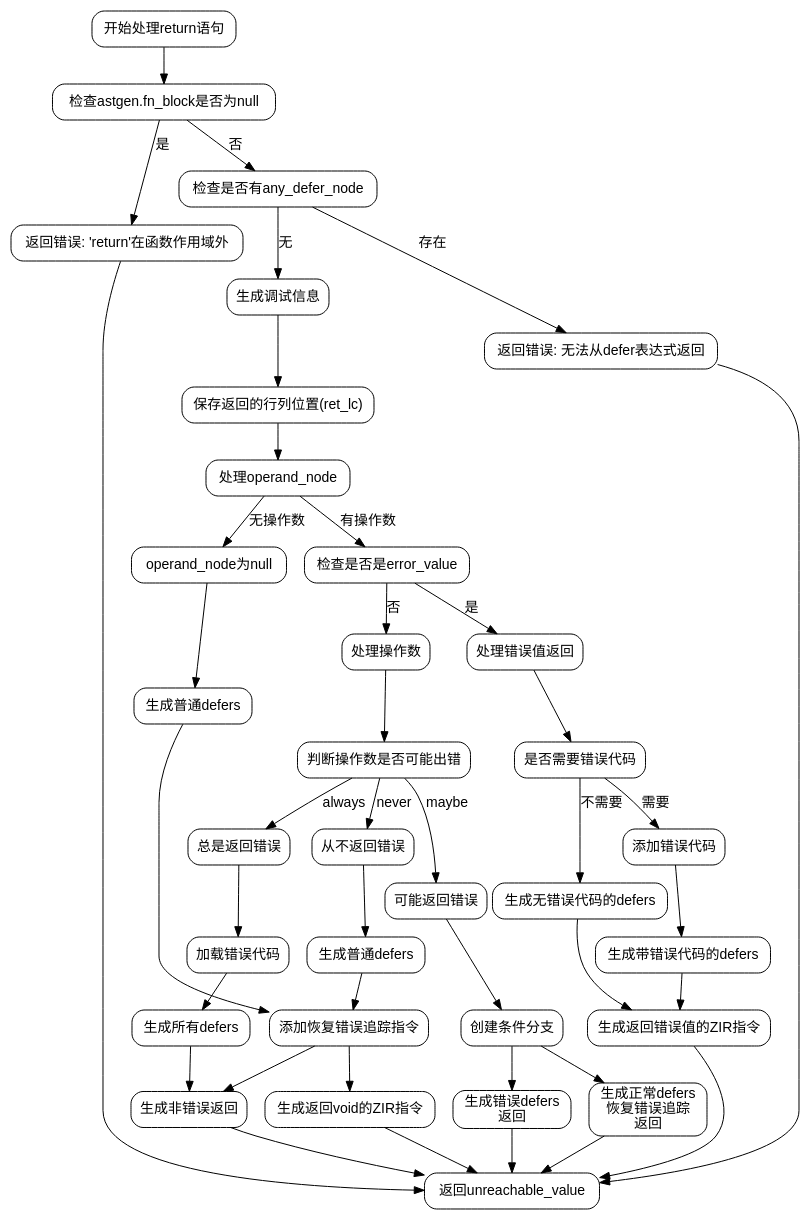
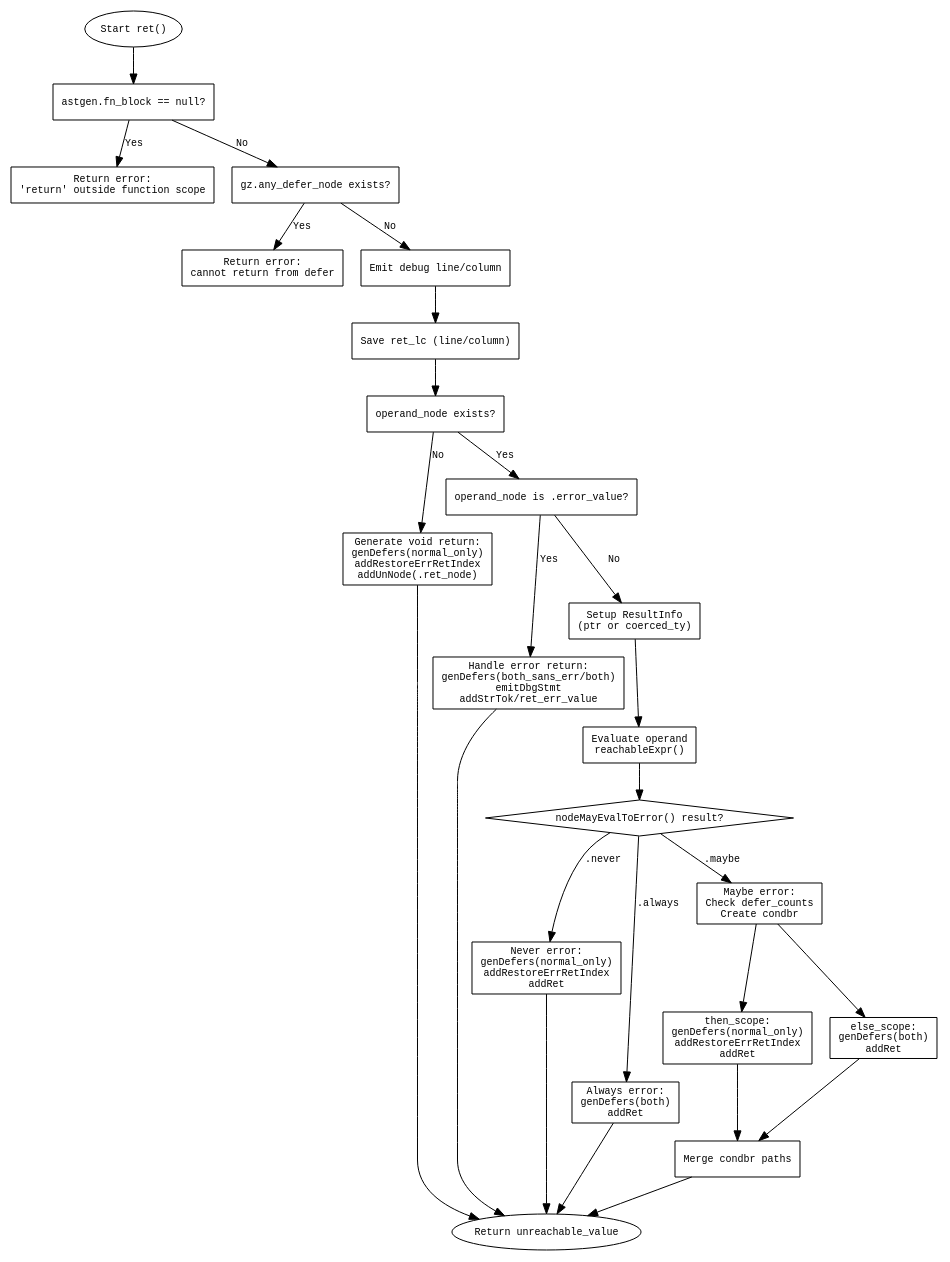
One commit to sdzx-1/deepseek-zig-reader changed the diagram in dot_std/zig/AstGen.zig.ret.md. Above: the diagram before and after it, drawn with Graphviz. The commit also changed other lines of this file and 236 other files, not shown here.

````diff
--- a/dot_std/zig/AstGen.zig.ret.md
+++ b/dot_std/zig/AstGen.zig.ret.md
@@ -20,78 +35,62 @@
 ```dot
 digraph flowchart {
-    node [shape=rectangle, style="rounded", fontname="Helvetica"];
-    edge [fontname="Helvetica"];
+    node [shape=rectangle, fontname="Courier", fontsize=10];
+    edge [fontname="Courier", fontsize=10];
 
-    start [label="开始处理return语句"];
-    check_fn_block [label="检查astgen.fn_block是否为null"];
-    outside_func [label="返回错误: 'return'在函数作用域外"];
-    check_any_defer [label="检查是否有any_defer_node"];
-    defer_error [label="返回错误: 无法从defer表达式返回"];
-    emit_debug_info [label="生成调试信息"];
-    save_ret_lc [label="保存返回的行列位置(ret_lc)"];
-    handle_operand_node [label="处理operand_node"];
-    operand_null [label="operand_node为null"];
-    gen_normal_defers [label="生成普通defers"];
-    add_restore_err_ret [label="添加恢复错误追踪指令"];
-    add_ret_void [label="生成返回void的ZIR指令"];
-    check_error_value [label="检查是否是error_value"];
-    handle_error_value [label="处理错误值返回"];
-    check_need_err_code [label="是否需要错误代码"];
-    gen_both_sans_err [label="生成无错误代码的defers"];
-    add_ret_err_value [label="生成返回错误值的ZIR指令"];
-    add_err_code [label="添加错误代码"];
-    gen_both_with_code [label="生成带错误代码的defers"];
-    handle_operand [label="处理操作数"];
-    check_may_error [label="判断操作数是否可能出错"];
-    case_never [label="从不返回错误"];
-    case_always [label="总是返回错误"];
-    case_maybe [label="可能返回错误"];
-    gen_normal_only [label="生成普通defers"];
-    add_ret_non_err [label="生成非错误返回"];
-    load_err_code [label="加载错误代码"];
-    gen_both_defers [label="生成所有defers"];
-    condbr [label="创建条件分支"];
-    then_block [label="生成正常defers\n恢复错误追踪\n返回"];
-    else_block [label="生成错误defers\n返回"];
-    end [label="返回unreachable_value"];
+    start [label="Start ret()", shape=ellipse];
+    check_fn_block [label="astgen.fn_block == null?"];
+    error_outside_func [label="Return error:\n'return' outside function scope", shape=box];
+    check_any_defer [label="gz.any_defer_node exists?"];
+    error_defer_return [label="Return error:\ncannot return from defer", shape=box];
+    emit_debug_info [label="Emit debug line/column"];
+    save_ret_lc [label="Save ret_lc (line/column)"];
+    check_operand_node [label="operand_node exists?"];
+    handle_void_return [label="Generate void return:\ngenDefers(normal_only)\naddRestoreErrRetIndex\naddUnNode(.ret_node)"];
+    check_error_value [label="operand_node is .error_value?"];
+    handle_error_return [label="Handle error return:\ngenDefers(both_sans_err/both)\nemitDbgStmt\naddStrTok/ret_err_value"];
+    setup_ri [label="Setup ResultInfo\n(ptr or coerced_ty)"];
+    eval_operand [label="Evaluate operand\nreachableExpr()"];
+    check_error_behavior [label="nodeMayEvalToError() result?", shape=diamond];
+    handle_never_error [label="Never error:\ngenDefers(normal_only)\naddRestoreErrRetIndex\naddRet"];
+    handle_always_error [label="Always error:\ngenDefers(both)\naddRet"];
+    handle_maybe_error [label="Maybe error:\nCheck defer_counts\nCreate condbr"];
+    condbr_then [label="then_scope:\ngenDefers(normal_only)\naddRestoreErrRetIndex\naddRet"];
+    condbr_else [label="else_scope:\ngenDefers(both)\naddRet"];
+    merge_condbr [label="Merge condbr paths"];
+    end [label="Return unreachable_value", shape=ellipse];
 
     start -> check_fn_block;
-    check_fn_block -> outside_func [label="是"];
-    check_fn_block -> check_any_defer [label="否"];
-    check_any_defer -> defer_error [label="存在"];
-    check_any_defer -> emit_debug_info [label="无"];
+    check_fn_block -> error_outside_func [label="Yes"];
+    check_fn_block -> check_any_defer [label="No"];
+    check_any_defer -> error_defer_return [label="Yes"];
+    check_any_defer -> emit_debug_info [label="No"];
     emit_debug_info -> save_ret_lc;
-    save_ret_lc -> handle_operand_node;
-
-    handle_operand_node -> operand_null [label="无操作数"];
-    operand_null -> gen_normal_defers;
-    gen_normal_defers -> add_restore_err_ret;
-    add_restore_err_ret -> add_ret_void -> end;
-
-    handle_operand_node -> check_error_value [label="有操作数"];
-    check_error_value -> handle_error_value [label="是"];
-    handle_error_value -> check_need_err_code;
-    check_need_err_code -> gen_both_sans_err [label="不需要"];
-    gen_both_sans_err -> add_ret_err_value -> end;
-    check_need_err_code -> add_err_code [label="需要"];
-    add_err_code -> gen_both_with_code -> add_ret_err_value;
-
-    check_error_value -> handle_operand [label="否"];
-    handle_operand -> check_may_error;
-    check_may_error -> case_never [label="never"];
-    case_never -> gen_normal_only -> add_restore_err_ret -> add_ret_non_err -> end;
-
-    check_may_error -> case_always [label="always"];
-    case_always -> load_err_code -> gen_both_defers -> add_ret_non_err;
-
-    check_may_error -> case_maybe [label="maybe"];
-    case_maybe -> condbr;
-    condbr -> then_block;
-    condbr -> else_block;
-    then_block -> end;
-    else_block -> end;
-
-    outside_func -> end;
-    defer_error -> end;
+    save_ret_lc -> check_operand_node;
+    
+    check_operand_node -> handle_void_return [label="No"];
+    check_operand_node -> check_error_value [label="Yes"];
+    
+    handle_void_return -> end;
+    
+    check_error_value -> handle_error_return [label="Yes"];
+    check_error_value -> setup_ri [label="No"];
+    
+    handle_error_return -> end;
+    
+    setup_ri -> eval_operand;
+    eval_operand -> check_error_behavior;
+    
+    check_error_behavior -> handle_never_error [label=".never"];
+    check_error_behavior -> handle_always_error [label=".always"];
+    check_error_behavior -> handle_maybe_error [label=".maybe"];
+    
+    handle_never_error -> end;
+    handle_always_error -> end;
+    
+    handle_maybe_error -> condbr_then;
+    handle_maybe_error -> condbr_else;
+    condbr_then -> merge_condbr;
+    condbr_else -> merge_condbr;
+    merge_condbr -> end;
 }
 ```
````
